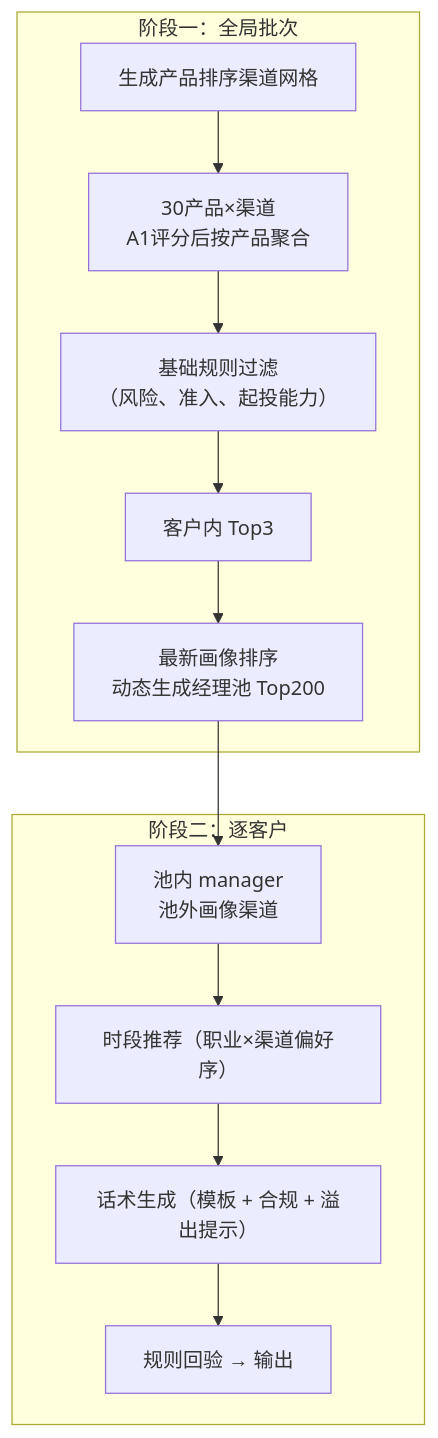
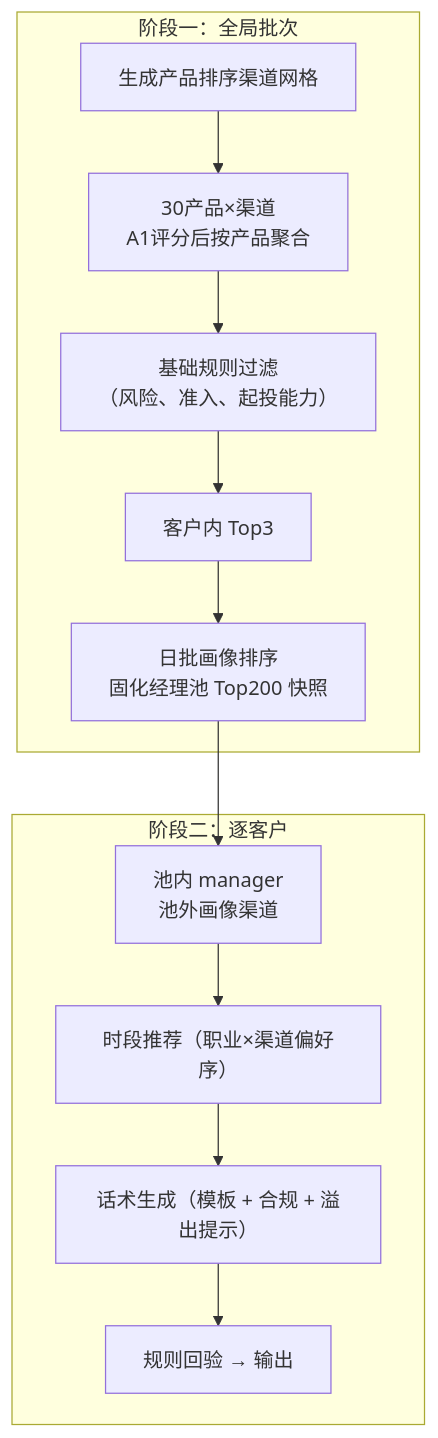
One commit to cpyh/touchCIB changed the diagram in src/docs/sdd-marketing.md. Above: the diagram before and after it, drawn with Mermaid. The commit also changed other lines of this file and 15 other files, not shown here.

````diff
--- a/src/docs/sdd-marketing.md
+++ b/src/docs/sdd-marketing.md
@@ -63,13 +63,13 @@
 ```mermaid
 flowchart TB
     subgraph BATCH["阶段一：全局批次"]
         S1["生成产品排序渠道网格"] --> S2["30产品×渠道<br/>A1评分后按产品聚合"]
         S2 --> S3["基础规则过滤<br/>（风险、准入、起投能力）"]
         S3 --> S4["客户内 Top3"]
-        S4 --> S5["最新画像排序<br/>动态生成经理池 Top200"]
+        S4 --> S5["日批画像排序<br/>固化经理池 Top200 快照"]
     end
     subgraph PER["阶段二：逐客户"]
         S5 --> T1["池内 manager<br/>池外画像渠道"] --> T2["时段推荐（职业×渠道偏好序）"]
         T2 --> T3["话术生成（模板 + 合规 + 溢出提示）"] --> T4["规则回验 → 输出"]
     end
 ```
````
